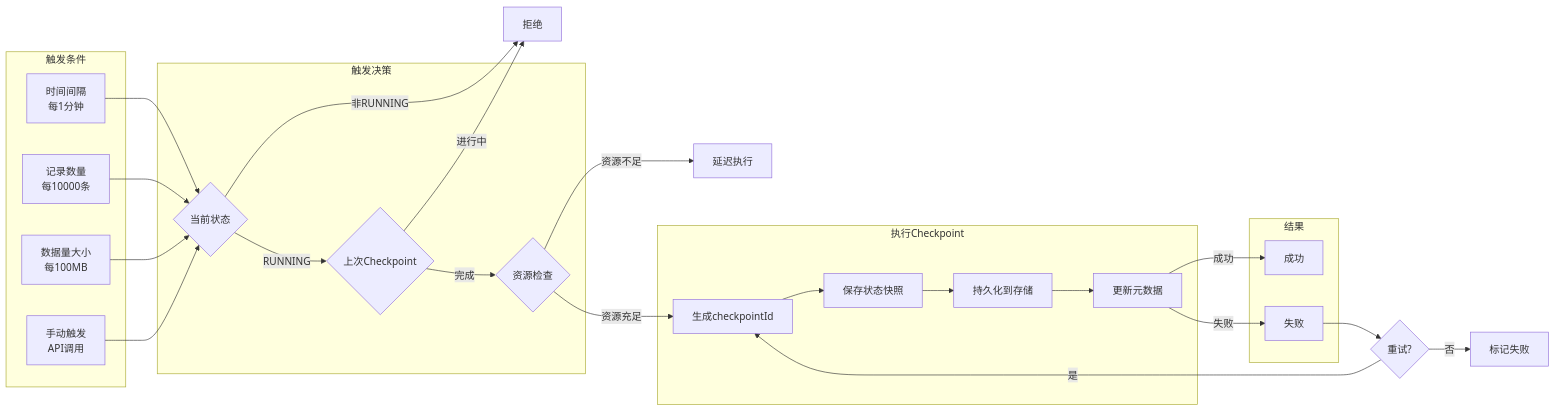
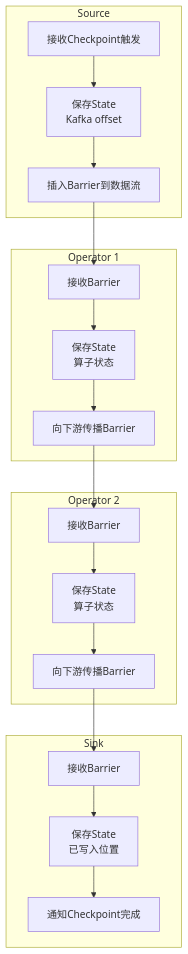
Before and after one commit to 312268112/advanced-java: the eighth of 8 diagrams in pipeline-framework-design.md, drawn with Mermaid. The commit also changed other lines of this file, not shown here.

````diff
--- a/pipeline-framework-design.md
+++ b/pipeline-framework-design.md
@@ -774,50 +1398,31 @@
 ```mermaid
-graph LR
-    subgraph "触发条件"
-        T1[时间间隔<br/>每1分钟]
-        T2[记录数量<br/>每10000条]
-        T3[数据量大小<br/>每100MB]
-        T4[手动触发<br/>API调用]
+graph TB
+    subgraph "Source"
+        S1[接收Checkpoint触发]
+        S2[保存State<br/>Kafka offset]
+        S3[插入Barrier到数据流]
     end
     
-    subgraph "触发决策"
-        D1{当前状态}
-        D2{上次Checkpoint}
-        D3{资源检查}
+    subgraph "Operator 1"
+        O1[接收Barrier]
+        O2[保存State<br/>算子状态]
+        O3[向下游传播Barrier]
     end
     
-    subgraph "执行Checkpoint"
-        E1[生成checkpointId]
-        E2[保存状态快照]
-        E3[持久化到存储]
-        E4[更新元数据]
+    subgraph "Operator 2"
+        O4[接收Barrier]
+        O5[保存State<br/>算子状态]
+        O6[向下游传播Barrier]
     end
     
-    subgraph "结果"
-        R1[成功]
-        R2[失败]
+    subgraph "Sink"
+        K1[接收Barrier]
+        K2[保存State<br/>已写入位置]
+        K3[通知Checkpoint完成]
     end
     
-    T1 --> D1
-    T2 --> D1
-    T3 --> D1
-    T4 --> D1
-    
-    D1 -->|非RUNNING| Reject[拒绝]
-    D1 -->|RUNNING| D2
-    
-    D2 -->|进行中| Reject
-    D2 -->|完成| D3
-    
-    D3 -->|资源不足| Delay[延迟执行]
-    D3 -->|资源充足| E1
-    
-    E1 --> E2 --> E3 --> E4
-    
-    E4 -->|成功| R1
-    E4 -->|失败| R2
-    
-    R2 --> Retry{重试?}
-    Retry -->|是| E1
-    Retry -->|否| Failed[标记失败]
+    S1 --> S2 --> S3
+    S3 --> O1 --> O2 --> O3
+    O3 --> O4 --> O5 --> O6
+    O6 --> K1 --> K2 --> K3
 ```
````
